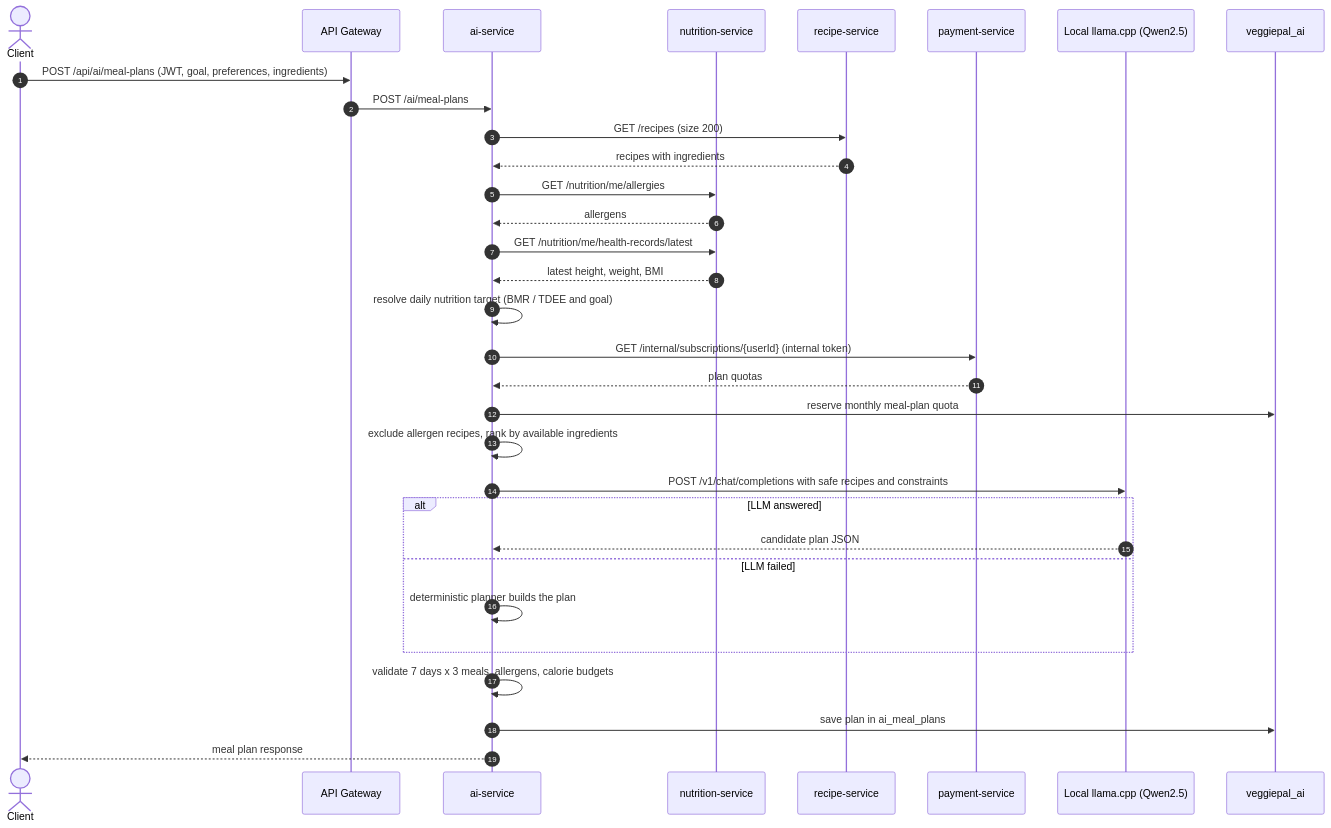
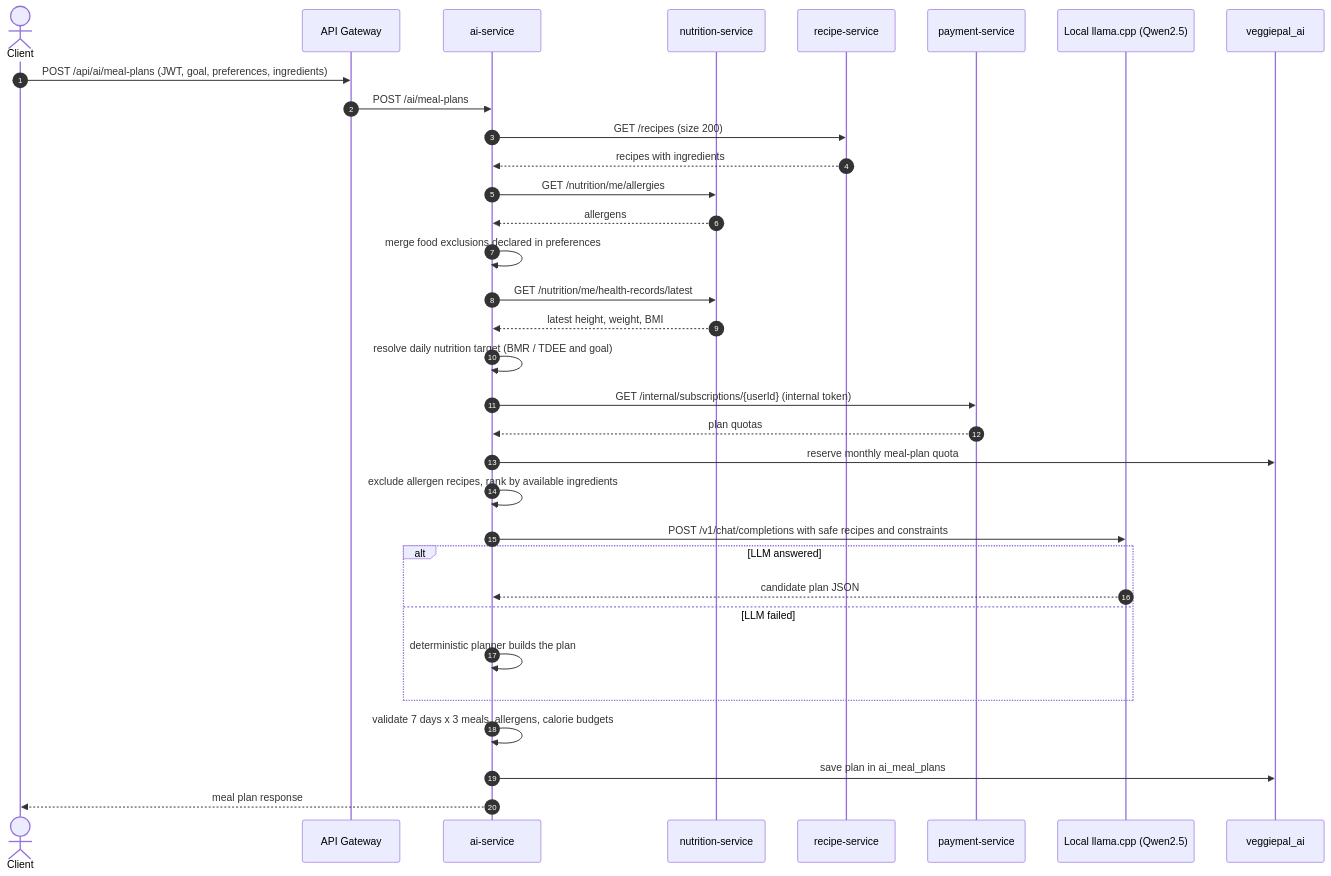
Diagram 24 of 32 in docs/REPORT7_FINAL_PROJECT_REPORT.md (Phu0312/VeggiePal-Microservice), drawn with Mermaid before and after one commit. The commit also changed other lines of this file and 12 other files, not shown here.

````diff
--- a/docs/REPORT7_FINAL_PROJECT_REPORT.md
+++ b/docs/REPORT7_FINAL_PROJECT_REPORT.md
@@ -2202,35 +2202,36 @@
 ```mermaid
 sequenceDiagram
     autonumber
     actor C as Client
     participant GW as API Gateway
     participant AI as ai-service
     participant NU as nutrition-service
     participant RE as recipe-service
     participant PA as payment-service
     participant GQ as Local llama.cpp (Qwen2.5)
     participant DB as veggiepal_ai
 
     C->>GW: POST /api/ai/meal-plans (JWT, goal, preferences, ingredients)
     GW->>AI: POST /ai/meal-plans
     AI->>RE: GET /recipes (size 200)
     RE-->>AI: recipes with ingredients
     AI->>NU: GET /nutrition/me/allergies
     NU-->>AI: allergens
+    AI->>AI: merge food exclusions declared in preferences
     AI->>NU: GET /nutrition/me/health-records/latest
     NU-->>AI: latest height, weight, BMI
     AI->>AI: resolve daily nutrition target (BMR / TDEE and goal)
     AI->>PA: GET /internal/subscriptions/{userId} (internal token)
     PA-->>AI: plan quotas
     AI->>DB: reserve monthly meal-plan quota
     AI->>AI: exclude allergen recipes, rank by available ingredients
     AI->>GQ: POST /v1/chat/completions with safe recipes and constraints
     alt LLM answered
         GQ-->>AI: candidate plan JSON
     else LLM failed
         AI->>AI: deterministic planner builds the plan
     end
     AI->>AI: validate 7 days x 3 meals, allergens, calorie budgets
     AI->>DB: save plan in ai_meal_plans
     AI-->>C: meal plan response
 ```
````
